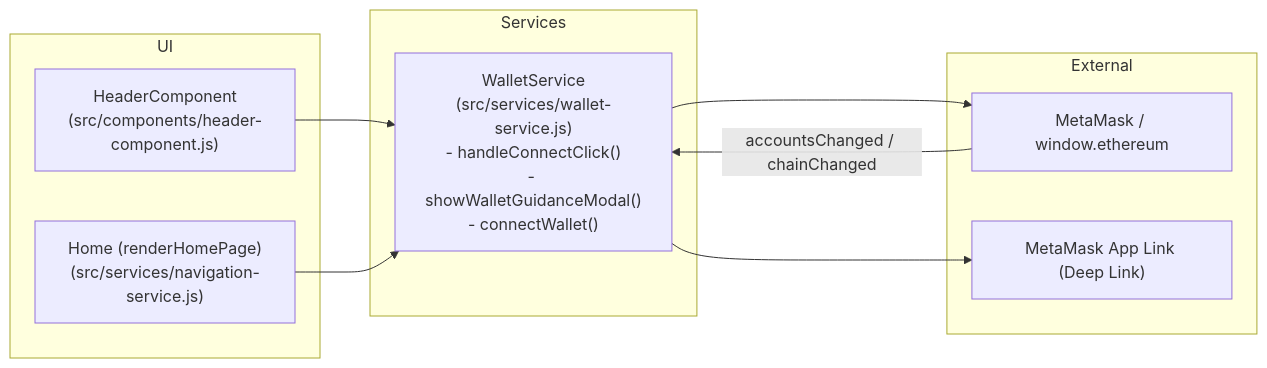
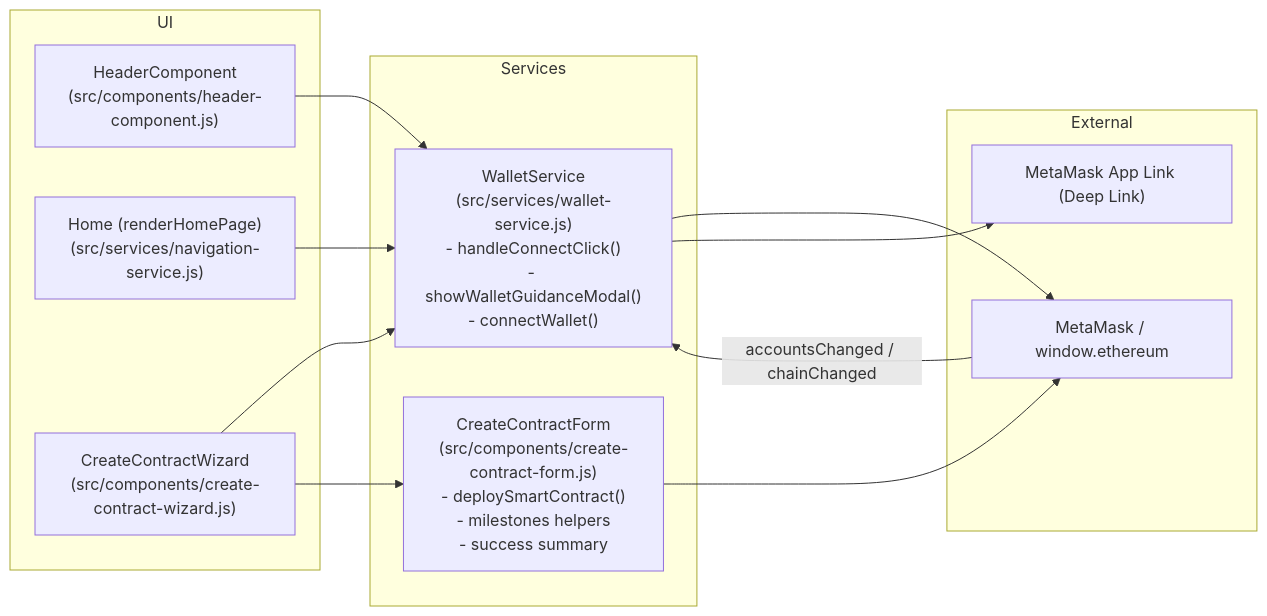
The diagram in .architecture/modules/frontend.mmd (Dkubitz/Deal-FiV2), drawn with Mermaid before and after one commit. The commit also changed 12 other files, not shown here.

```diff
--- a/.architecture/modules/frontend.mmd
+++ b/.architecture/modules/frontend.mmd
@@ -1,23 +1,29 @@
 flowchart LR
-  %% Frontend module view (focused on onboarding/conexão)
+  %% Frontend module view (onboarding + criação)
 
   subgraph UI["UI"]
     HEADER["HeaderComponent\n(src/components/header-component.js)"]
     HOME["Home (renderHomePage)\n(src/services/navigation-service.js)"]
+    CREATE_WIZ["CreateContractWizard\n(src/components/create-contract-wizard.js)"]
   end
 
   subgraph SVC["Services"]
     WALLET["WalletService\n(src/services/wallet-service.js)\n- handleConnectClick()\n- showWalletGuidanceModal()\n- connectWallet()"]
+    CREATE_FORM["CreateContractForm\n(src/components/create-contract-form.js)\n- deploySmartContract()\n- milestones helpers\n- success summary"]
   end
 
   subgraph EXT["External"]
     MM["MetaMask / window.ethereum"]
     MMDL["MetaMask App Link (Deep Link)"]
   end
 
   HEADER --> WALLET
   HOME --> WALLET
+  CREATE_WIZ --> WALLET
+  CREATE_WIZ --> CREATE_FORM
   WALLET --> MM
   WALLET --> MMDL
 
   MM -- accountsChanged / chainChanged --> WALLET
+
+  CREATE_FORM --> MM
```
